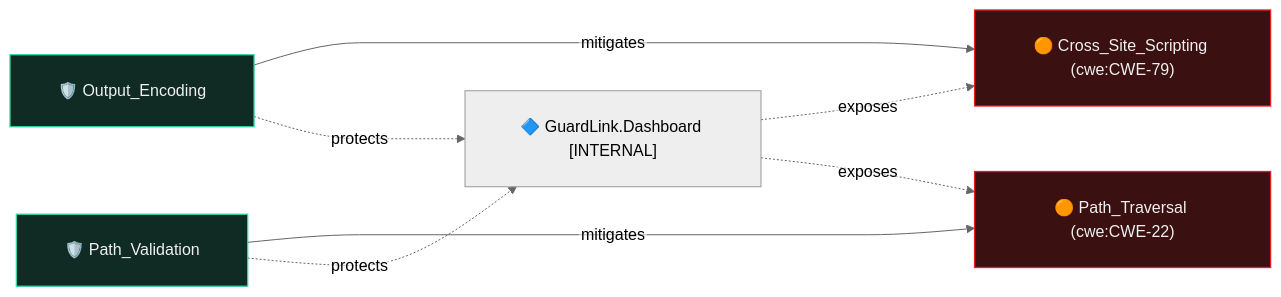
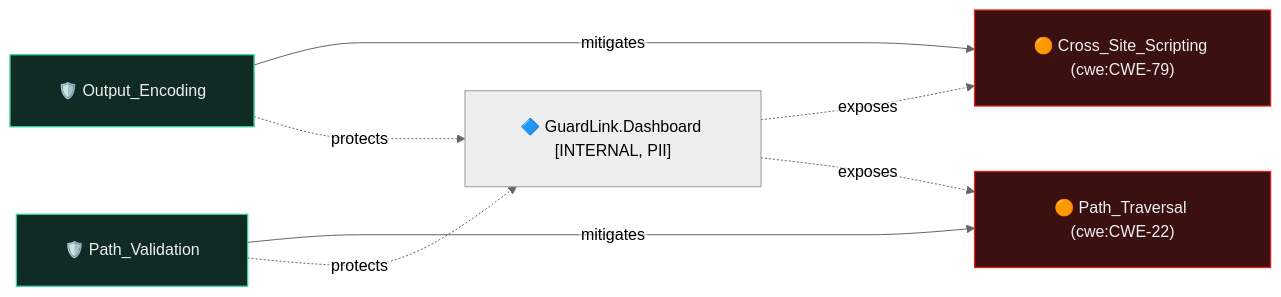
One commit to Bugb-Technologies/guardlink changed the diagram in .guardlink/graph/by-feature/dashboard.mmd. Above: the diagram before and after it, drawn with Mermaid (neutral theme). The commit also changed 18 other files, not shown here.

```diff
--- a/.guardlink/graph/by-feature/dashboard.mmd
+++ b/.guardlink/graph/by-feature/dashboard.mmd
@@ -1,38 +1,38 @@
 %% GENERATED FILE — do not edit. Regenerate with: guardlink artifacts .
 %% artifact:        by-feature/dashboard.mmd
 %% scope:           PARTIAL — @feature "Dashboard" only, not the whole model
-%% annotation_hash: sha256-v2:d87c67372ccc764e906cdaf802b5994abcee762996822cf0d6a615c756e1b030
+%% annotation_hash: sha256-v2:f185cb0f2b7551e204d6a238e33edc80c5a752f5aacb897be2d164cb9679dce6
 %% generator:       guardlink@2.0.0
 %% ---
 %% This diagram is derived from the annotations in this repository. If
 %% annotation_hash above differs from what `guardlink status .` reports, the
 %% diagram is STALE — regenerate rather than trusting it.
 %% ---
 %% NARROWED VIEW. The edges below are the relations annotated in files
 %% tagged @feature "Dashboard"; the nodes are the assets, threats and
 %% controls those relations reference, resolved from their definitions
 %% wherever those are declared. A node missing from this file is one this
 %% feature does not touch — it is NOT missing from the threat model. For
 %% that, read ../threat-graph.mmd.
 %% annotation_hash above is the hash of the WHOLE project's annotations —
 %% the state this view was cut from — not of the narrowing. It is shared by
 %% every artifact in the same emission on purpose: it is what makes one
 %% `guardlink validate . --artifacts` check answer for all of them, and it
 %% lets this file be lined up against model.json from the same run.
 %% When it was generated and at which commit: ask git. Those move for reasons
 %% unrelated to the diagram, so they are reported at emission time, not stored.
 %%{init: {"flowchart": {"nodeSpacing": 55, "rankSpacing": 150, "curve": "monotoneX", "htmlLabels": false, "padding": 24}}}%%
 graph LR
-  dashboard["🔷 GuardLink.Dashboard [INTERNAL]"]
+  dashboard["🔷 GuardLink.Dashboard [INTERNAL, PII]"]
   xss["🟠 Cross_Site_Scripting (cwe:CWE-79)"]:::threat
   path_traversal["🟠 Path_Traversal (cwe:CWE-22)"]:::threat
   output_encoding["🛡️ Output_Encoding"]:::control
   path_validation["🛡️ Path_Validation"]:::control
   dashboard -. exposes .-> xss
   dashboard -. exposes .-> path_traversal
   output_encoding -- mitigates --> xss
   output_encoding -. protects .-> dashboard
   path_validation -- mitigates --> path_traversal
   path_validation -. protects .-> dashboard
   classDef threat fill:#3a1010,stroke:#ea1d1d,color:#f0f0f0,stroke-width:1.3px
   classDef control fill:#102a24,stroke:#33d49d,color:#f0f0f0,stroke-width:1.3px
```
